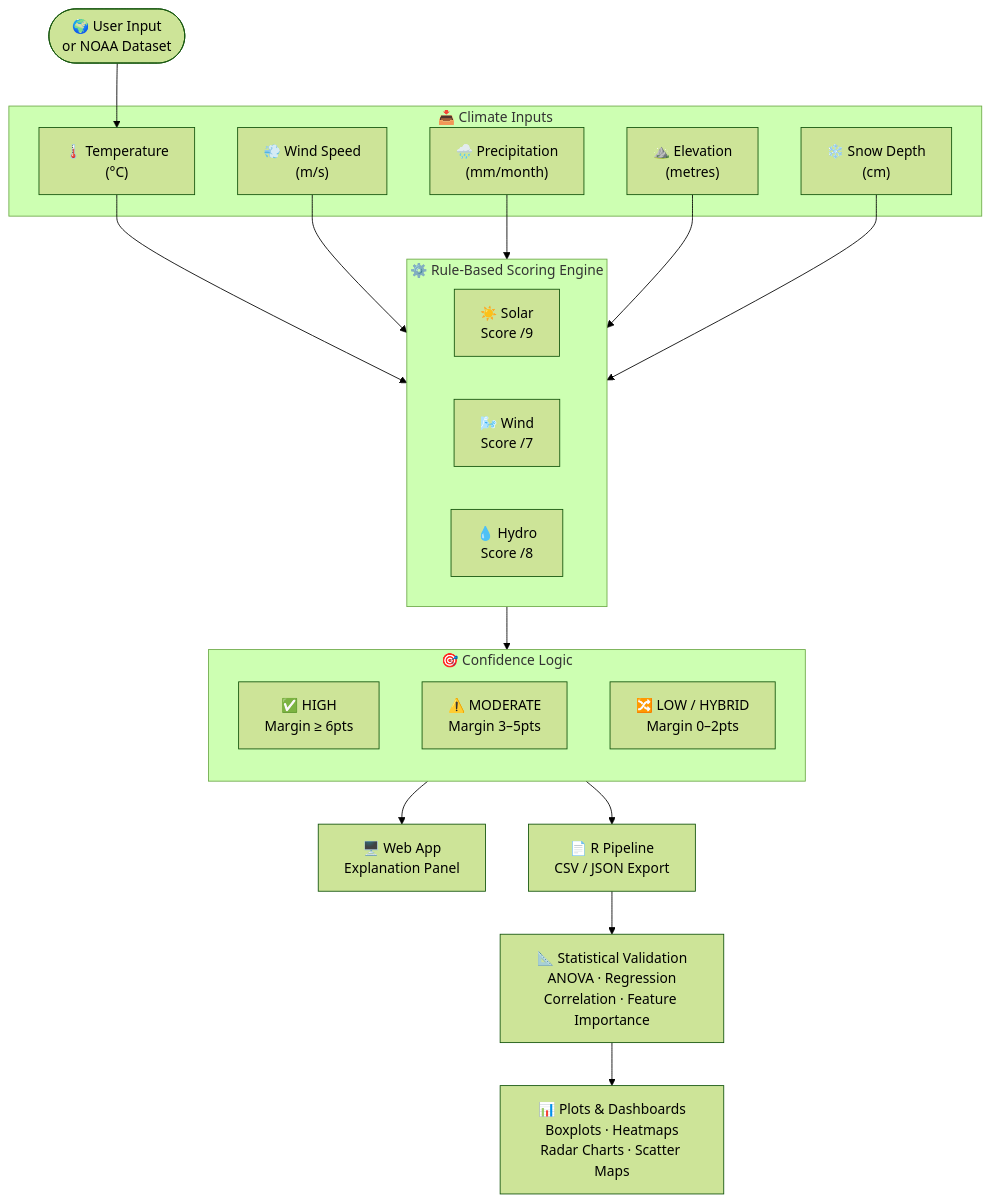
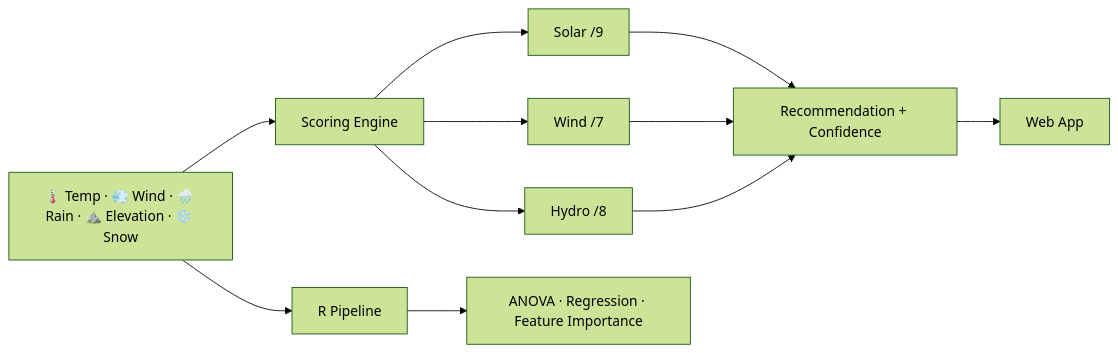
One commit to Sahibjeetpalsingh/Weather-Classification changed the first of 2 diagrams in README.md. Above: the diagram before and after it, drawn with Mermaid (forest theme). The commit also changed other lines of this file, not shown here.

````diff
--- a/README.md
+++ b/README.md
@@ -71,36 +46,12 @@
 ```mermaid
-flowchart TD
-    A(["🌍 User Input\nor NOAA Dataset"]) --> B
-
-    subgraph INPUTS ["📥 Climate Inputs"]
-        B["🌡️ Temperature\n(°C)"]
-        C["💨 Wind Speed\n(m/s)"]
-        D["🌧️ Precipitation\n(mm/month)"]
-        E["⛰️ Elevation\n(metres)"]
-        F["❄️ Snow Depth\n(cm)"]
-    end
-
-    B & C & D & E & F --> ENGINE
-
-    subgraph ENGINE ["⚙️ Rule-Based Scoring Engine"]
-        direction LR
-        S["☀️ Solar\nScore /9"]
-        W["🌬️ Wind\nScore /7"]
-        H["💧 Hydro\nScore /8"]
-    end
-
-    ENGINE --> CONF
-
-    subgraph CONF ["🎯 Confidence Logic"]
-        direction TB
-        HIGH["✅ HIGH\nMargin ≥ 6pts"]
-        MOD["⚠️ MODERATE\nMargin 3–5pts"]
-        LOW["🔀 LOW / HYBRID\nMargin 0–2pts"]
-    end
-
-    CONF --> OUT1["🖥️ Web App\nExplanation Panel"]
-    CONF --> OUT2["📄 R Pipeline\nCSV / JSON Export"]
-
-    OUT2 --> STATS["📐 Statistical Validation\nANOVA · Regression\nCorrelation · Feature Importance"]
-    STATS --> VIZ["📊 Plots & Dashboards\nBoxplots · Heatmaps\nRadar Charts · Scatter Maps"]
+flowchart LR
+    IN["🌡️ Temp · 💨 Wind · 🌧️ Rain · ⛰️ Elevation · ❄️ Snow"]
+    IN --> E["Scoring Engine"]
+    E --> S["Solar  /9"]
+    E --> W["Wind   /7"]
+    E --> H["Hydro  /8"]
+    S & W & H --> R["Recommendation + Confidence"]
+    R --> APP["Web App"]
+    IN --> RP["R Pipeline"]
+    RP --> STATS["ANOVA · Regression · Feature Importance"]
 ```
````
